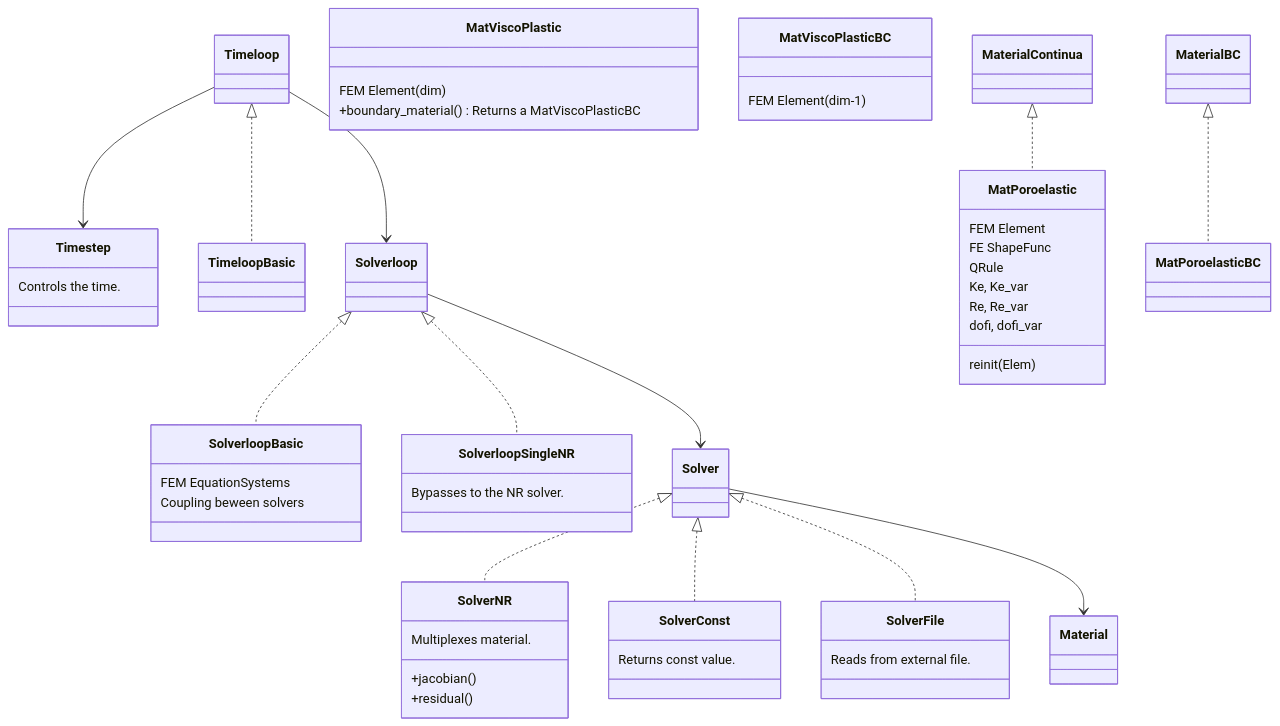
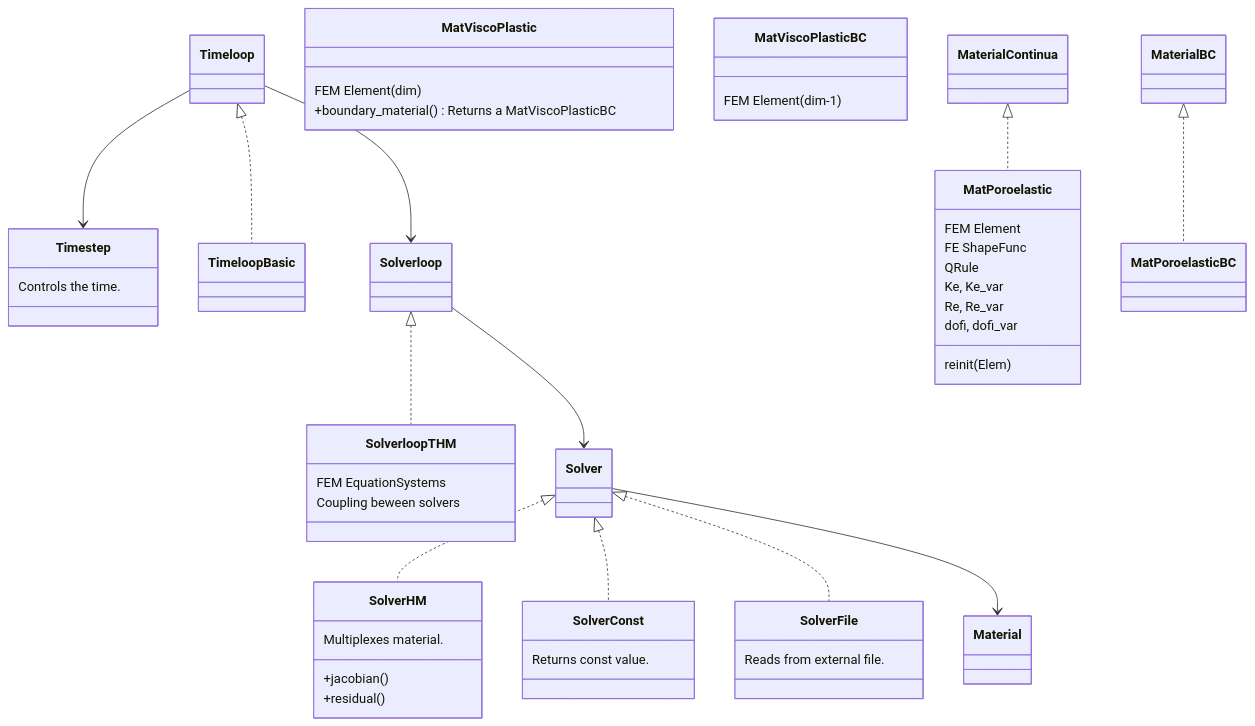
The second of 2 diagrams in doc/Description.md (rebpoli/harpy), drawn with Mermaid before and after one commit. The commit also changed 4 other files, not shown here.

````diff
--- a/doc/Description.md
+++ b/doc/Description.md
@@ -139,71 +139,68 @@
 ```mermaid
 classDiagram
     Timeloop --> Timestep
 
-    Solverloop <|.. SolverloopBasic
+    Solverloop <|.. SolverloopTHM
 
 
     class Timestep {
         Controls the time.
     }
 
 %% Implementations
-    class SolverloopBasic {
+    class SolverloopTHM {
         FEM EquationSystems
         Coupling beween solvers
     }
 
     class MatViscoPlastic { 
         FEM Element(dim) 
         +boundary_material() Returns a MatViscoPlasticBC
     }
     class MatViscoPlasticBC { FEM Element(dim-1) }
 
     class MatPoroelastic {
         FEM Element 
         FE ShapeFunc
         QRule
         Ke, Ke_var
         Re, Re_var
         dofi, dofi_var
         reinit(Elem)
     }
 
-    class SolverloopSingleNR { Bypasses to the NR solver. } 
-
     class SolverConst { Returns const value.  }
     class SolverFile { Reads from external file. }
-    class SolverNR { 
+    class SolverHM { 
         Multiplexes material.
         
         +jacobian()
         +residual()
         }
 
 %% Dependencies
 
 %% Interfaces << implementations
     Timeloop <|.. TimeloopBasic
     MaterialContinua <|.. MatPoroelastic
     MaterialBC <|.. MatPoroelasticBC
-    Solverloop <|.. SolverloopSingleNR
 
-    Solver <|.. SolverNR
+    Solver <|.. SolverHM
     Solver <|.. SolverConst
     Solver <|.. SolverFile
 
     Timeloop --> Solverloop
     Solverloop --> Solver
     Solver --> Material
 
 %%
 %% classA <|-- classB    // Inheritance (B inherits from A)
 %% classA <|.. classB    // Implementation (B implements A)
 %% classA *-- classB     // Composition (B is part of A)
 %% classA o-- classB     // Aggregation (B is used by A)
 %% classA --> classB     // Association (A references B)
 %% classA ..> classB     // Dependency (A depends on B)
 %% classA ..|> classB    // Realization (B realizes A)
 %% classA <--> classB    // Bidirectional association
 
 ```
````
